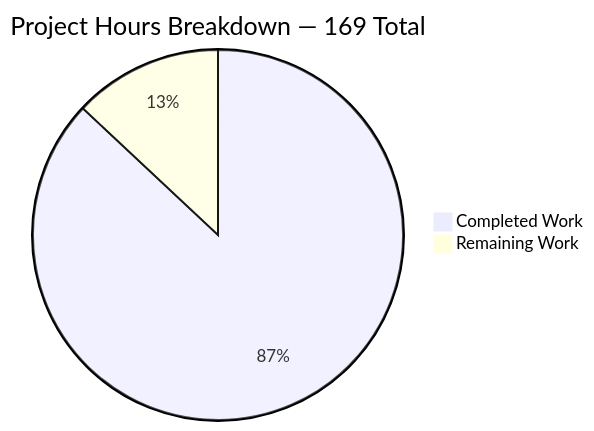
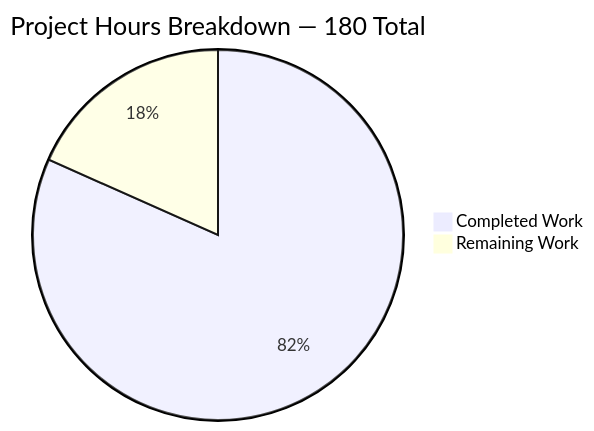
Before and after one commit to Tzadiko/monero: the second of 4 diagrams in blitzy/documentation/Project Guide.md, drawn with Mermaid. The commit also changed other lines of this file and 3 other files, not shown here.

````diff
--- a/blitzy/documentation/Project Guide.md
+++ b/blitzy/documentation/Project Guide.md
@@ -1093,5 +1611,5 @@
 ```mermaid
-pie title Project Hours Breakdown — 169 Total
+pie title Project Hours Breakdown — 180 Total
     "Completed Work" : 147
-    "Remaining Work" : 22
+    "Remaining Work" : 33
 ```
````
